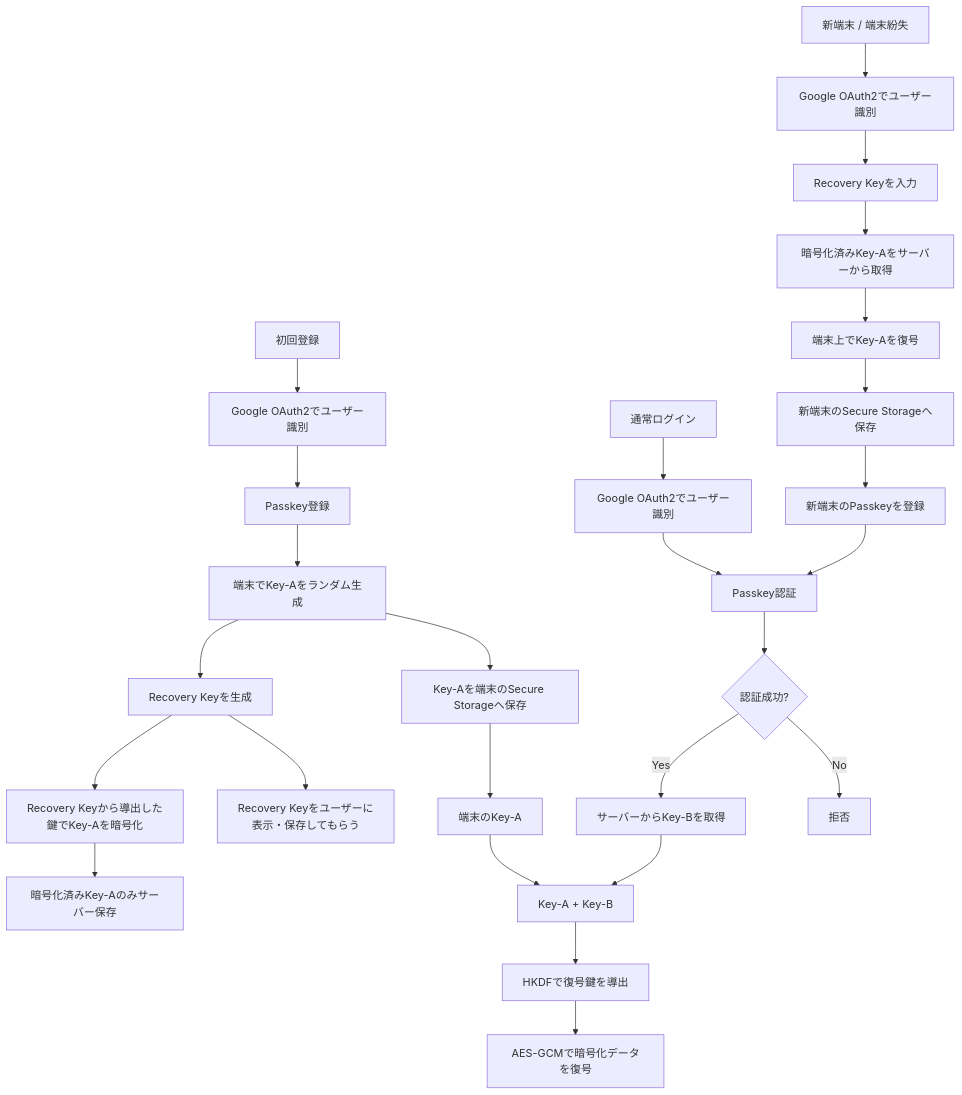
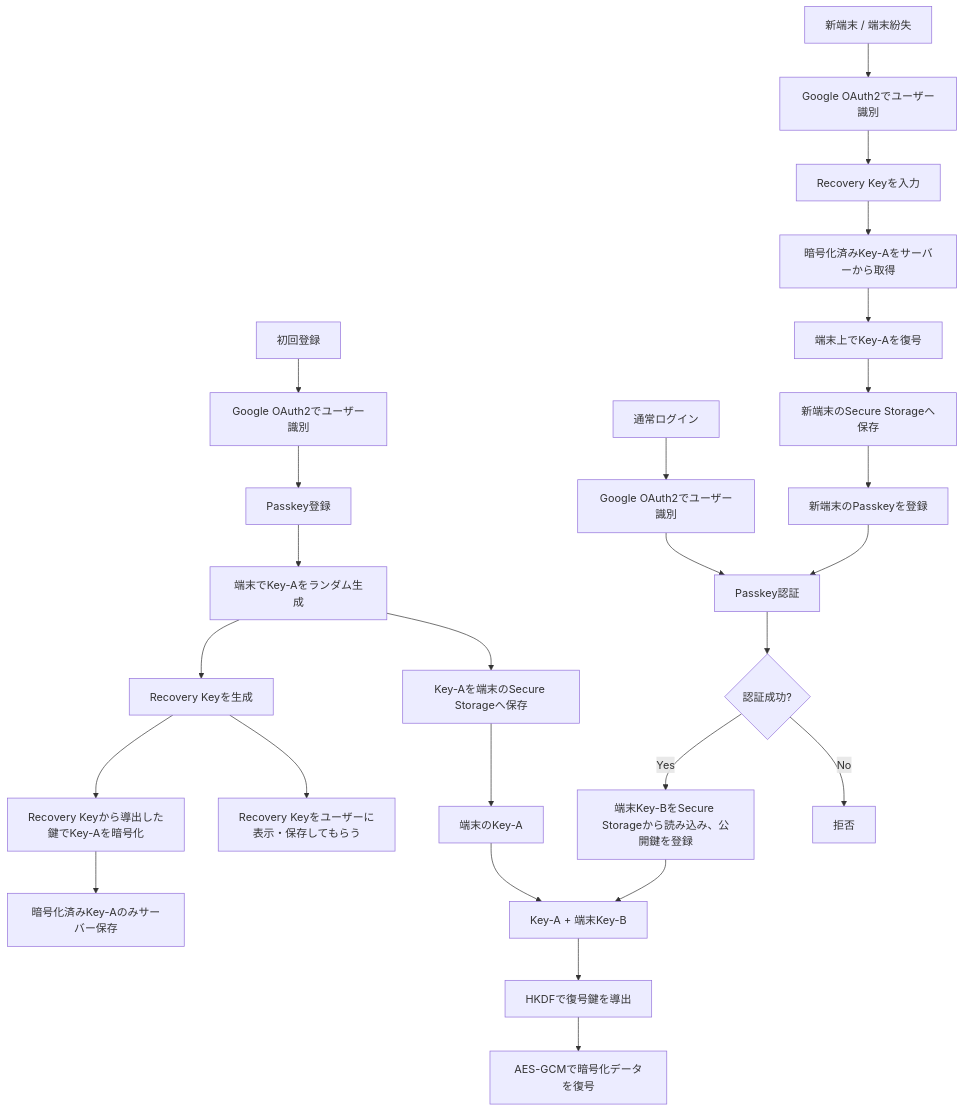
Before and after one commit to Tornado2026-team-j/Samurai-meet: the third of 3 diagrams in docs/requirements.md, drawn with Mermaid. The commit also changed other lines of this file and 15 other files, not shown here.

````diff
--- a/docs/requirements.md
+++ b/docs/requirements.md
@@ -690,31 +690,31 @@
 ```mermaid
 flowchart TD
     A[初回登録] --> B[Google OAuth2でユーザー識別]
     B --> C[Passkey登録]
     C --> D[端末でKey-Aをランダム生成]
     D --> E[Key-Aを端末のSecure Storageへ保存]
     D --> F[Recovery Keyを生成]
     F --> G[Recovery Keyをユーザーに表示・保存してもらう]
     F --> H[Recovery Keyから導出した鍵でKey-Aを暗号化]
     H --> I[暗号化済みKey-Aのみサーバー保存]
 
     J[通常ログイン] --> K[Google OAuth2でユーザー識別]
     K --> L[Passkey認証]
     L --> M{認証成功?}
     M -- No --> N[拒否]
-    M -- Yes --> O[サーバーからKey-Bを取得]
+    M -- Yes --> O[端末Key-BをSecure Storageから読み込み、公開鍵を登録]
 
     E --> P[端末のKey-A]
-    O --> Q[Key-A + Key-B]
+    O --> Q[Key-A + 端末Key-B]
     P --> Q
     Q --> R[HKDFで復号鍵を導出]
     R --> S[AES-GCMで暗号化データを復号]
 
     T[新端末 / 端末紛失] --> U[Google OAuth2でユーザー識別]
     U --> V[Recovery Keyを入力]
     V --> W[暗号化済みKey-Aをサーバーから取得]
     W --> X[端末上でKey-Aを復号]
     X --> Y[新端末のSecure Storageへ保存]
     Y --> Z[新端末のPasskeyを登録]
     Z --> L
 ```
````
